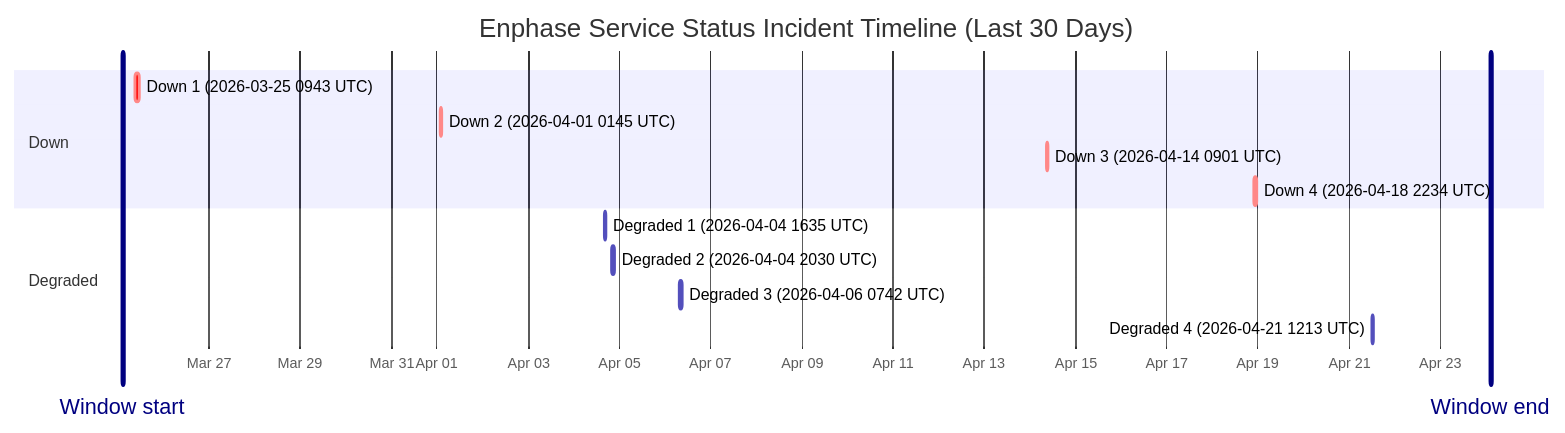
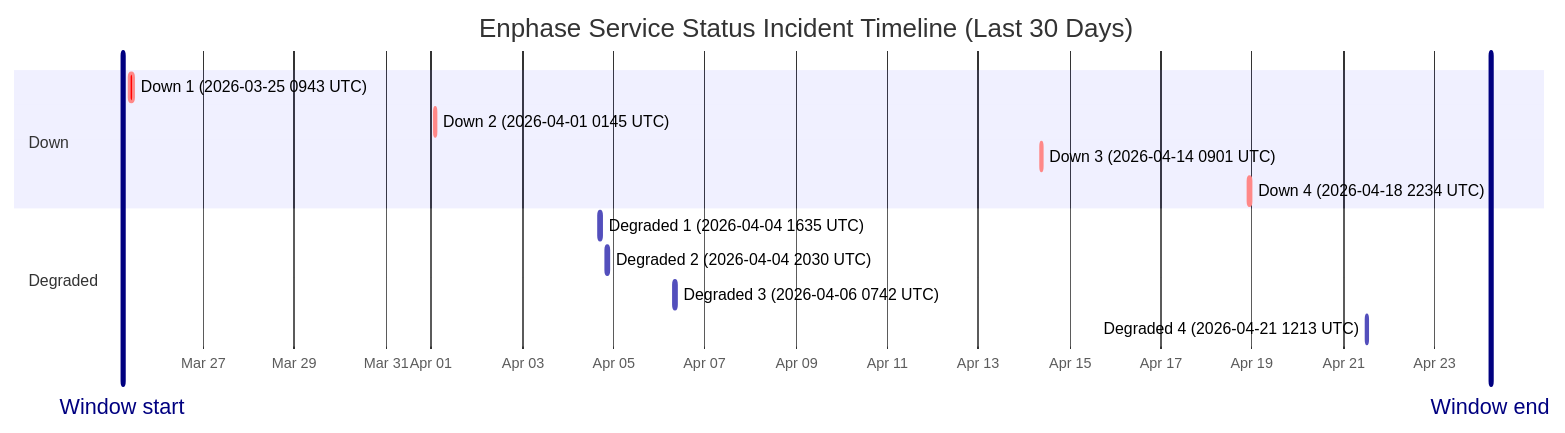
The diagram in wiki/Service-Status-History.md (barneyonline/ha-enphase-ev-charger), drawn with Mermaid before and after one commit. The commit also changed other lines of this file and 3 other files, not shown here.

````diff
--- a/wiki/Service-Status-History.md
+++ b/wiki/Service-Status-History.md
@@ -14,18 +14,18 @@
 ```mermaid
 gantt
     title Enphase Service Status Incident Timeline (Last 30 Days)
     dateFormat  YYYY-MM-DDTHH:mm:ss
     axisFormat  %b %d
-    Window start :vert, window-start, 2026-03-25T02:34:06, 0ms
-    Window end :vert, window-end, 2026-04-24T02:34:06, 0ms
+    Window start :vert, window-start, 2026-03-25T05:34:40, 0ms
+    Window end :vert, window-end, 2026-04-24T05:34:40, 0ms
     section Down
     Down 1 (2026-03-25 0943 UTC) :crit, down-1, 2026-03-25T09:43:28, 111m
     Down 2 (2026-04-01 0145 UTC) :crit, down-2, 2026-04-01T01:45:09, 60m
     Down 3 (2026-04-14 0901 UTC) :crit, down-3, 2026-04-14T09:01:13, 60m
     Down 4 (2026-04-18 2234 UTC) :crit, down-4, 2026-04-18T22:34:13, 60m
     section Degraded
     Degraded 1 (2026-04-04 1635 UTC) :active, degraded-1, 2026-04-04T16:35:17, 60m
     Degraded 2 (2026-04-04 2030 UTC) :active, degraded-2, 2026-04-04T20:30:40, 60m
     Degraded 3 (2026-04-06 0742 UTC) :active, degraded-3, 2026-04-06T07:42:09, 85m
     Degraded 4 (2026-04-21 1213 UTC) :active, degraded-4, 2026-04-21T12:13:11, 60m
 ```
````
